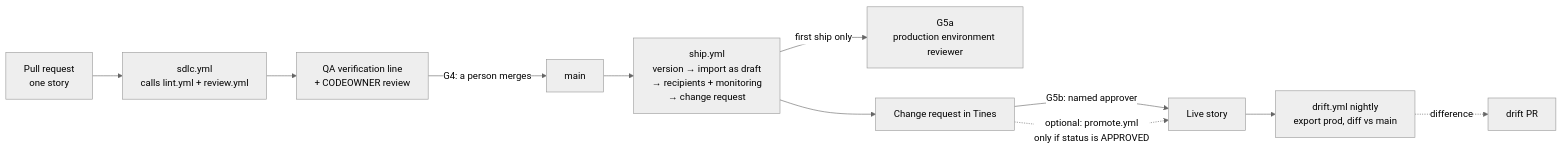
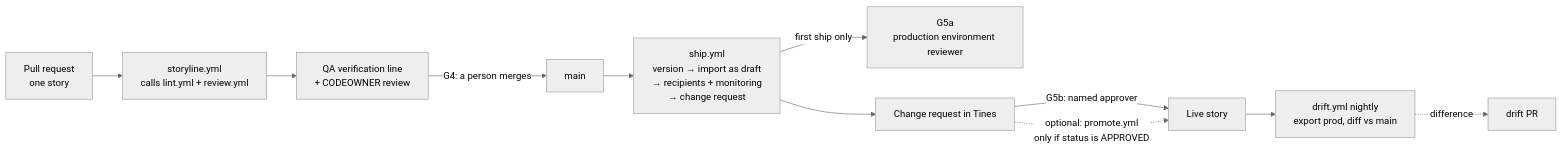
One commit to ad-ipp-tines/Agentic-Story-Factory-Starter-Kit changed the fourth of 11 diagrams in docs/study-guides/00-visual-tour.md. Above: the diagram before and after it, drawn with Mermaid (neutral theme). The commit also changed other lines of this file and 385 other files, not shown here.

````diff
--- a/docs/study-guides/00-visual-tour.md
+++ b/docs/study-guides/00-visual-tour.md
@@ -104,13 +104,13 @@
 ```mermaid
 flowchart LR
-    PR["Pull request<br/>one story"] --> CHK["sdlc.yml<br/>calls lint.yml + review.yml"]
+    PR["Pull request<br/>one story"] --> CHK["storyline.yml<br/>calls lint.yml + review.yml"]
     CHK --> QA["QA verification line<br/>+ CODEOWNER review"]
     QA -->|"G4: a person merges"| MAIN["main"]
     MAIN --> SHIP["ship.yml<br/>version → import as draft<br/>→ recipients + monitoring<br/>→ change request"]
     SHIP -->|"first ship only"| G5A["G5a<br/>production environment reviewer"]
     SHIP --> CR["Change request in Tines"]
     CR -->|"G5b: named approver"| LIVE["Live story"]
     CR -.->|"optional: promote.yml<br/>only if status is APPROVED"| LIVE
     LIVE --> DRIFT["drift.yml nightly<br/>export prod, diff vs main"]
     DRIFT -.->|"difference"| DPR["drift PR"]
 ```
````
